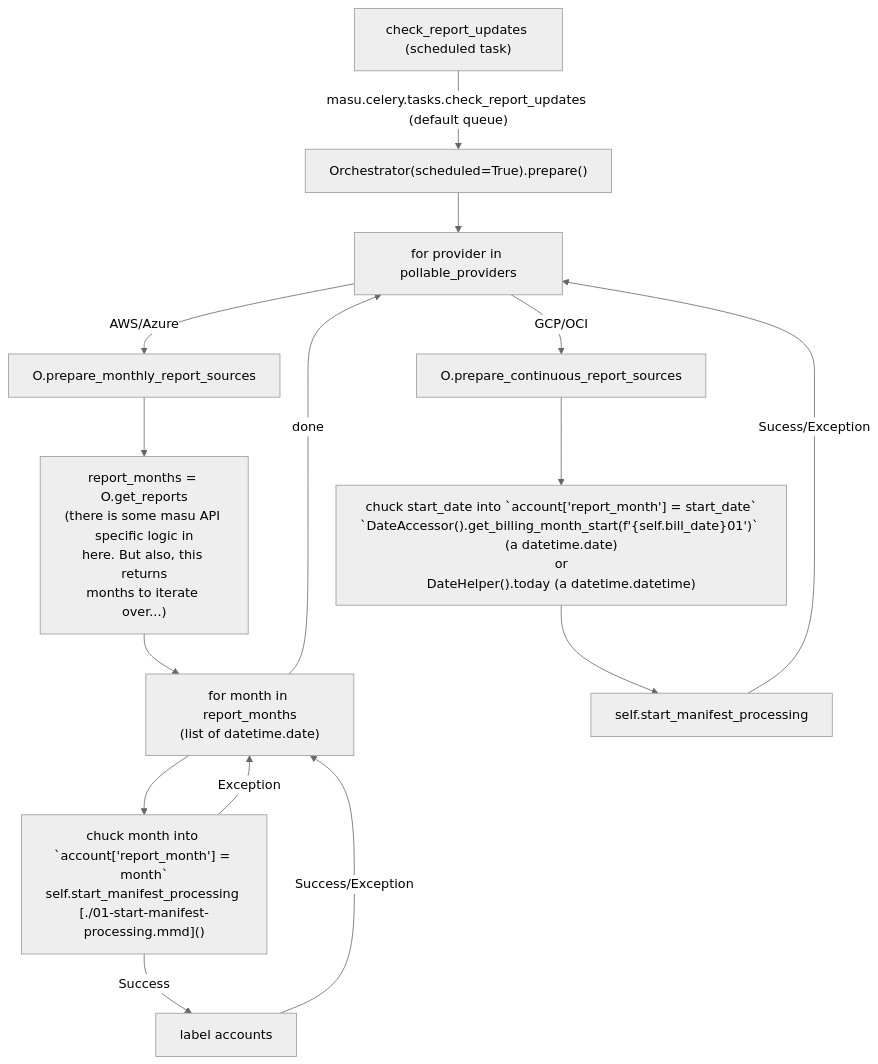
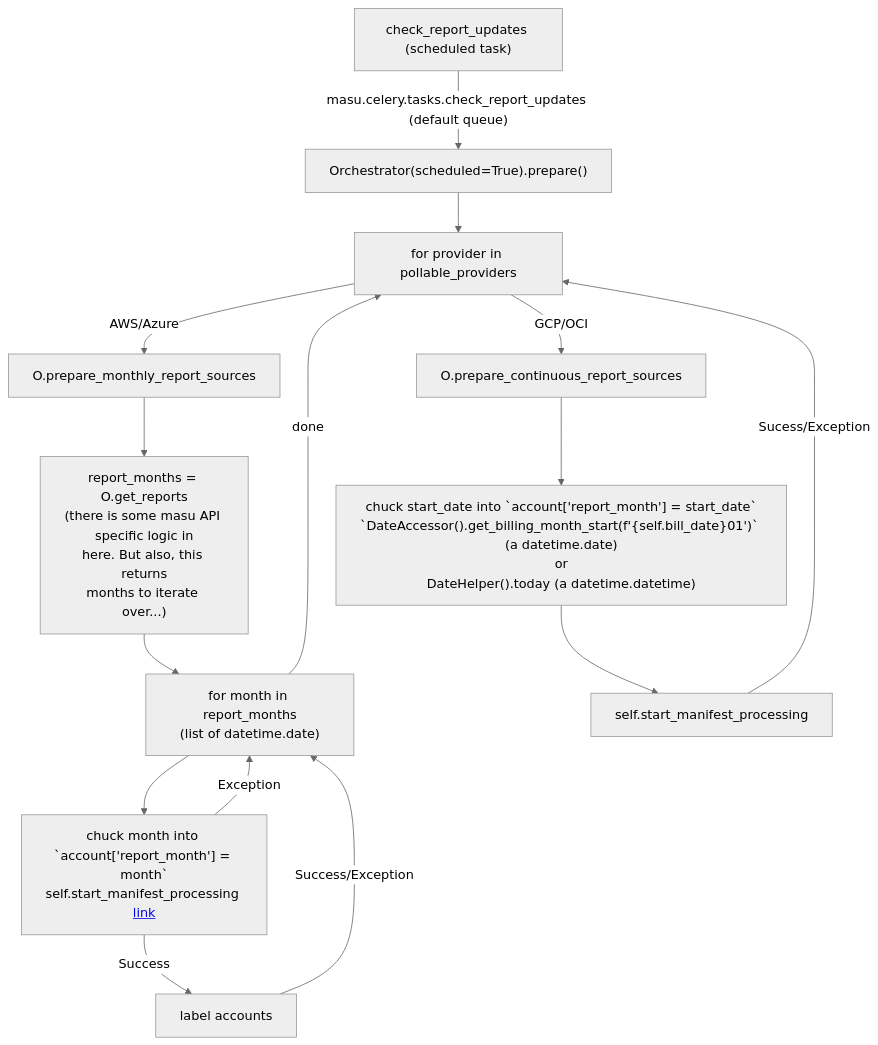
Before and after one commit to project-koku/koku: the diagram in docs/flowcharts/00-check-report-updates.md, drawn with Mermaid (neutral theme).

Commit message:
add different link

````diff
--- a/docs/flowcharts/00-check-report-updates.md
+++ b/docs/flowcharts/00-check-report-updates.md
@@ -1,20 +1,20 @@
 ```mermaid
 
 graph
     A["check_report_updates (scheduled task)"] -->|"masu.celery.tasks.check_report_updates (default queue)"| B["Orchestrator(scheduled=True).prepare()"]
     B --> b[for provider in pollable_providers]
     b -->|AWS/Azure| C[O.prepare_monthly_report_sources]
     C --> E["report_months = O.get_reports\n(there is some masu API specific logic in\nhere. But also, this returns\nmonths to iterate over...)"]
     E --> F["for month in report_months\n(list of datetime.date)"]
-    F --> G["chuck month into `account['report_month'] = month`\nself.start_manifest_processing [./01-start-manifest-processing.mmd]()"]
+    F --> G["chuck month into `account['report_month'] = month`\nself.start_manifest_processing" <a href='./01-start-manifest-processing.md'>link</a>]
     G -->|Success| H[label accounts]
     H -->|Success/Exception| F
     G -->|Exception| F
     F -->|done| b
 
 
     b -->|GCP/OCI| D[O.prepare_continuous_report_sources]
     D --> I["chuck start_date into `account['report_month'] = start_date`\n`DateAccessor().get_billing_month_start(f'{self.bill_date}01')` (a datetime.date)\nor\nDateHelper().today (a datetime.datetime)"]
     I --> J[self.start_manifest_processing]
     J -->|Sucess/Exception| b
 ```
````
